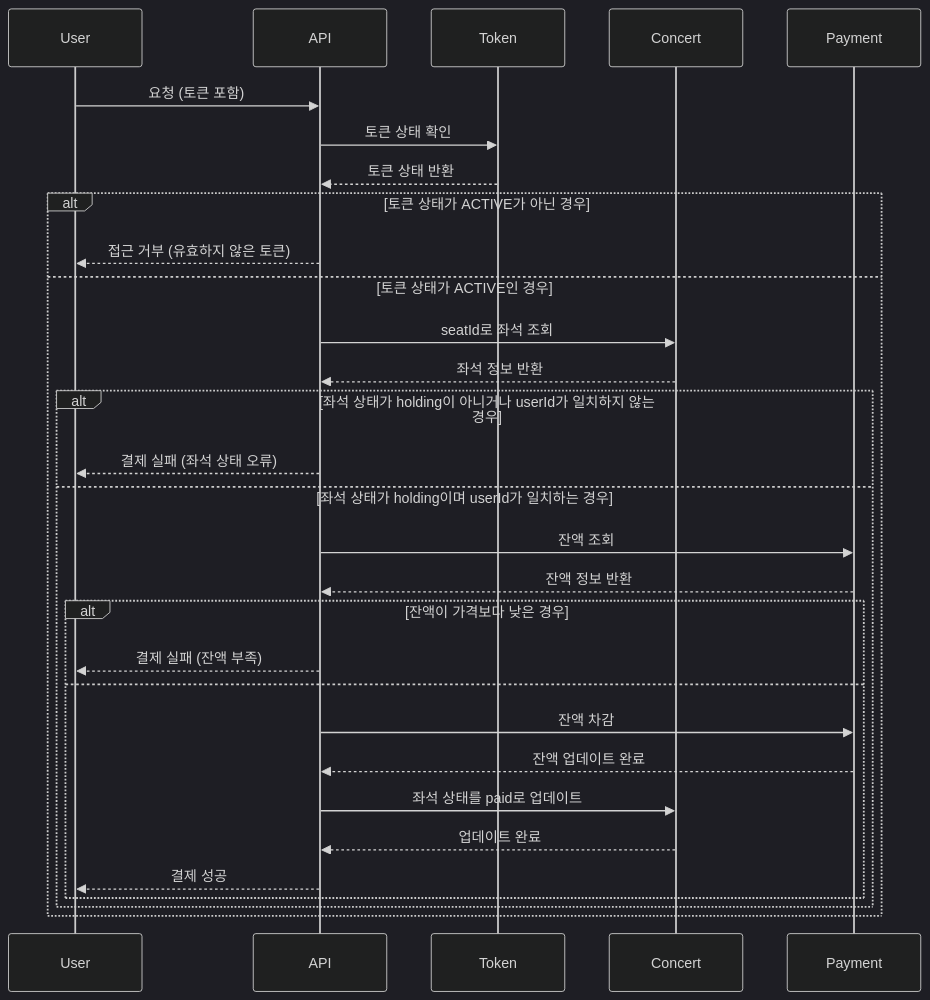
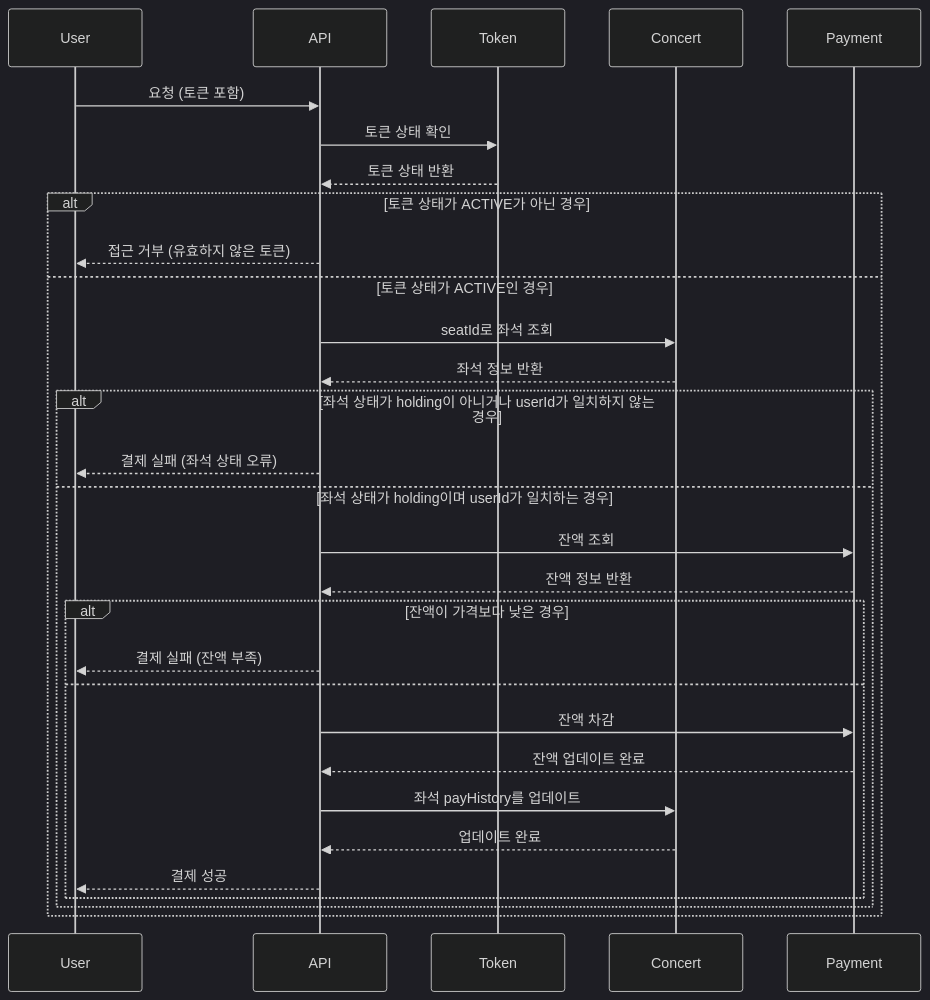
One commit to JayHarrisonAhn/hhplus-assignment-tdd changed the sixth of 8 diagrams in week03_concert/README.md. Above: the diagram before and after it, drawn with Mermaid (dark theme). The commit also changed other lines of this file and 1 other file, not shown here.

Commit message:
docs: added erd

````diff
--- a/week03_concert/README.md
+++ b/week03_concert/README.md
@@ -136,33 +136,33 @@
 ```mermaid
 sequenceDiagram
     participant User as User
     participant API
     participant Token
     participant Concert
     participant Payment
 
     User ->> API: 요청 (토큰 포함)
     API ->> Token: 토큰 상태 확인
     Token -->> API: 토큰 상태 반환
     alt 토큰 상태가 ACTIVE가 아닌 경우
         API -->> User: 접근 거부 (유효하지 않은 토큰)
     else 토큰 상태가 ACTIVE인 경우
         API ->> Concert: seatId로 좌석 조회
         Concert -->> API: 좌석 정보 반환
         alt 좌석 상태가 holding이 아니거나 userId가 일치하지 않는 경우
             API -->> User: 결제 실패 (좌석 상태 오류)
         else 좌석 상태가 holding이며 userId가 일치하는 경우
             API ->> Payment: 잔액 조회
             Payment -->> API: 잔액 정보 반환
             alt 잔액이 가격보다 낮은 경우
                 API -->> User: 결제 실패 (잔액 부족)
             else
                 API ->> Payment: 잔액 차감
                 Payment -->> API: 잔액 업데이트 완료
-                API ->> Concert: 좌석 상태를 paid로 업데이트
+                API ->> Concert: 좌석 payHistory를 업데이트
                 Concert -->> API: 업데이트 완료
                 API -->> User: 결제 성공
             end
         end
     end
 ```
````
